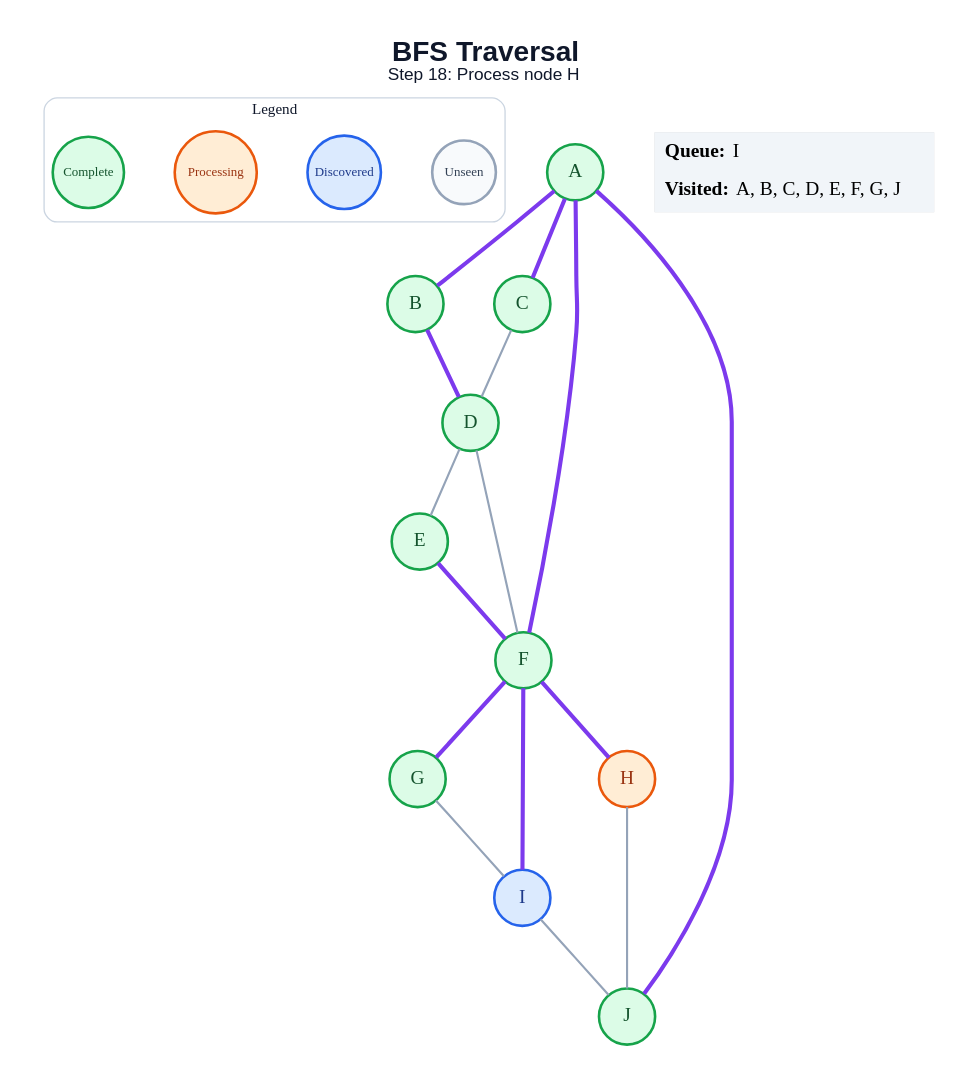
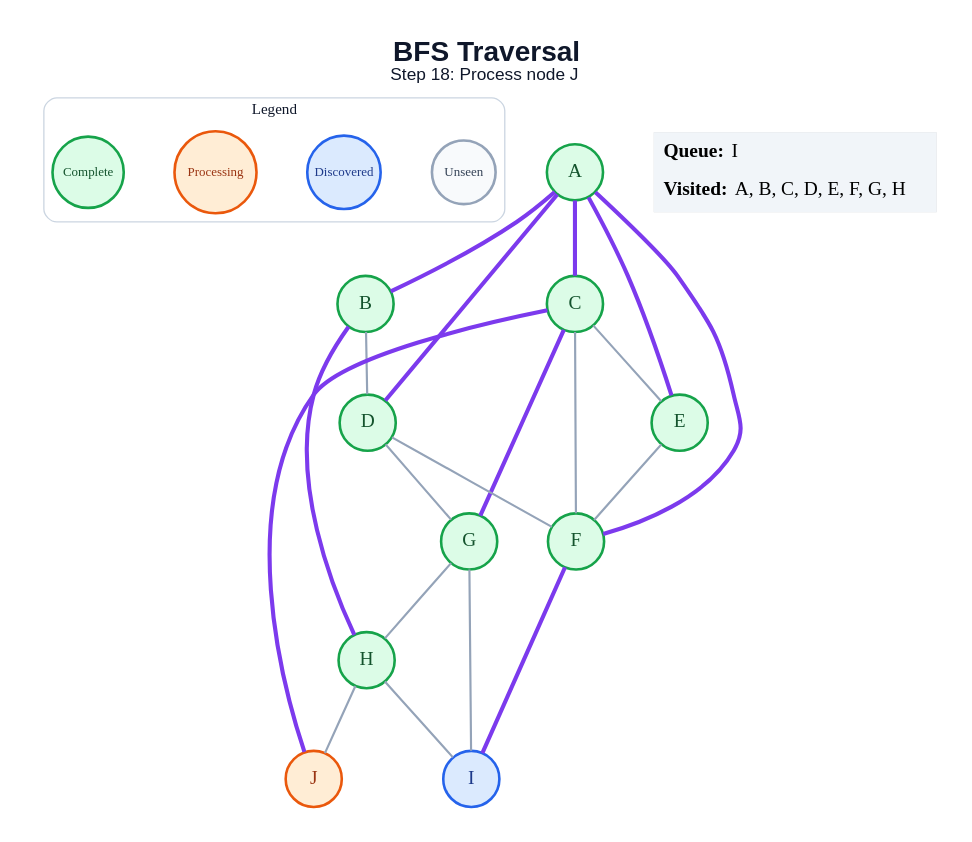
One commit to amanghodawala9/ai-slop changed the diagram in generated/bfs/step_18.dot. Above: the diagram before and after it, drawn with Graphviz. The commit also changed 178 other files, not shown here.

```diff
--- a/generated/bfs/step_18.dot
+++ b/generated/bfs/step_18.dot
@@ -1,44 +1,48 @@
 graph traversal {
   graph [layout=dot, rankdir=TB, bgcolor="#FFFFFF", pad="0.35", nodesep="0.65", ranksep="0.8", fontname="Arial"];
   node [shape=circle, style="filled", fontname="Arial Bold", fontsize=18, width=0.72, fixedsize=true, penwidth=2.4];
   edge [color="#94A3B8", penwidth=2.0];
-  label=<<B>BFS Traversal</B><BR/><FONT POINT-SIZE="16">Step 18: Process node H</FONT>>; labelloc="t"; fontsize=26; fontname="Arial"; fontcolor="#0F172A";
+  label=<<B>BFS Traversal</B><BR/><FONT POINT-SIZE="16">Step 18: Process node J</FONT>>; labelloc="t"; fontsize=26; fontname="Arial"; fontcolor="#0F172A";
   subgraph cluster_legend { label="Legend"; color="#CBD5E1"; penwidth=1.2; style="rounded"; fontsize=14; fontname="Arial Bold";
     key_unseen [label="Unseen", fillcolor="#F8FAFC", color="#94A3B8", fontcolor="#334155", fontsize=12, width=0.82];
     key_frontier [label="Discovered", fillcolor="#DBEAFE", color="#2563EB", fontcolor="#1E3A8A", fontsize=12, width=0.95];
     key_current [label="Processing", fillcolor="#FFEDD5", color="#EA580C", fontcolor="#9A3412", fontsize=12, width=1.05];
     key_done [label="Complete", fillcolor="#DCFCE7", color="#16A34A", fontcolor="#14532D", fontsize=12, width=0.92];
     { rank=same; key_unseen; key_frontier; key_current; key_done; }
   }
   A [fillcolor="#DCFCE7", color="#16A34A", fontcolor="#14532D"];
   B [fillcolor="#DCFCE7", color="#16A34A", fontcolor="#14532D"];
   C [fillcolor="#DCFCE7", color="#16A34A", fontcolor="#14532D"];
   D [fillcolor="#DCFCE7", color="#16A34A", fontcolor="#14532D"];
   E [fillcolor="#DCFCE7", color="#16A34A", fontcolor="#14532D"];
   F [fillcolor="#DCFCE7", color="#16A34A", fontcolor="#14532D"];
   G [fillcolor="#DCFCE7", color="#16A34A", fontcolor="#14532D"];
-  H [fillcolor="#FFEDD5", color="#EA580C", fontcolor="#9A3412"];
+  H [fillcolor="#DCFCE7", color="#16A34A", fontcolor="#14532D"];
   I [fillcolor="#DBEAFE", color="#2563EB", fontcolor="#1E3A8A"];
-  J [fillcolor="#DCFCE7", color="#16A34A", fontcolor="#14532D"];
+  J [fillcolor="#FFEDD5", color="#EA580C", fontcolor="#9A3412"];
   A -- B [color="#7C3AED", penwidth=3.8];
   A -- C [color="#7C3AED", penwidth=3.8];
+  A -- D [color="#7C3AED", penwidth=3.8];
+  A -- E [color="#7C3AED", penwidth=3.8];
   A -- F [color="#7C3AED", penwidth=3.8];
-  A -- J [color="#7C3AED", penwidth=3.8];
-  B -- D [color="#7C3AED", penwidth=3.8];
-  C -- D;
-  D -- E;
+  B -- D;
+  B -- H [color="#7C3AED", penwidth=3.8];
+  C -- E;
+  C -- F;
+  C -- G [color="#7C3AED", penwidth=3.8];
+  C -- J [color="#7C3AED", penwidth=3.8];
   D -- F;
-  E -- F [color="#7C3AED", penwidth=3.8];
-  F -- G [color="#7C3AED", penwidth=3.8];
-  F -- H [color="#7C3AED", penwidth=3.8];
+  D -- G;
+  E -- F;
   F -- I [color="#7C3AED", penwidth=3.8];
+  G -- H;
   G -- I;
+  H -- I;
   H -- J;
-  I -- J;
   status [shape=plain, fixedsize=false, width=0, height=0, margin=0, label=<
     <TABLE BORDER="0" CELLBORDER="0" CELLPADDING="7" BGCOLOR="#F1F5F9">
       <TR><TD ALIGN="LEFT"><B>Queue:</B> I</TD></TR>
-      <TR><TD ALIGN="LEFT"><B>Visited:</B> A, B, C, D, E, F, G, J</TD></TR>
+      <TR><TD ALIGN="LEFT"><B>Visited:</B> A, B, C, D, E, F, G, H</TD></TR>
     </TABLE>
   >];
 }
```
